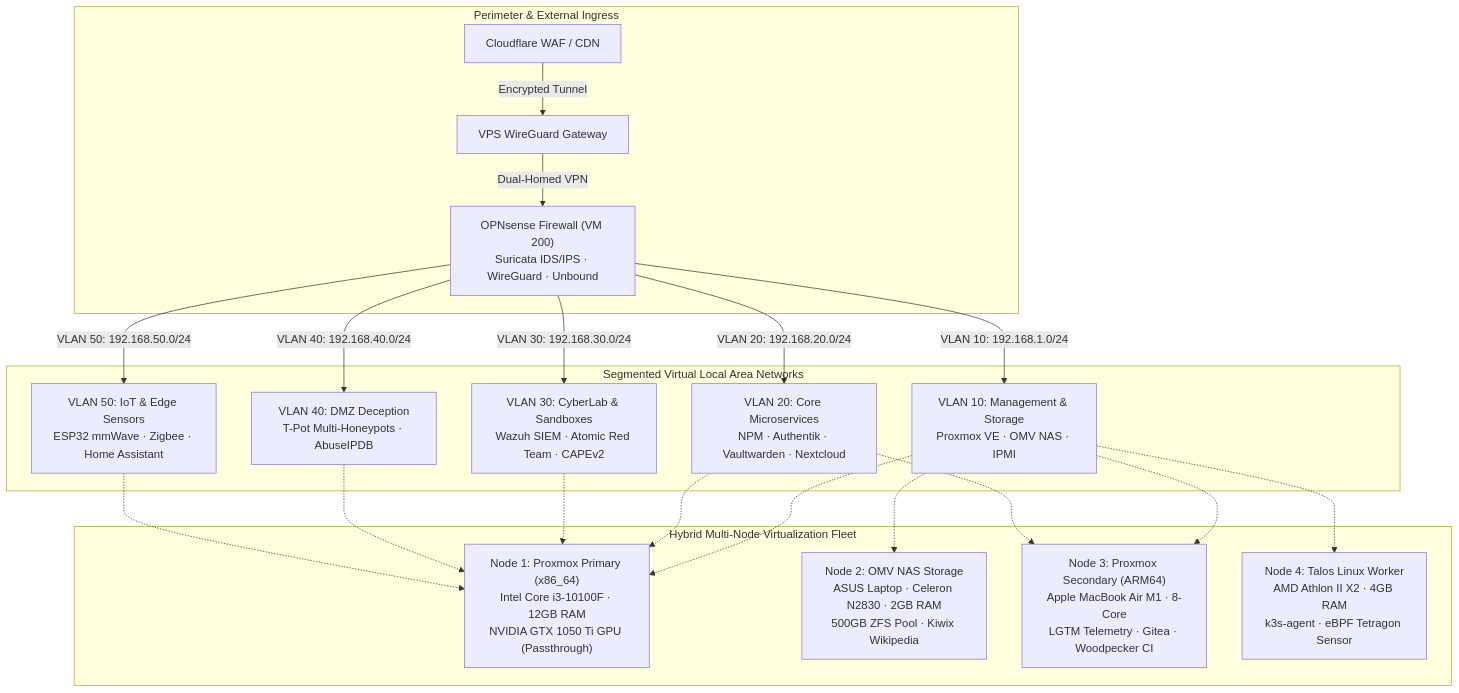
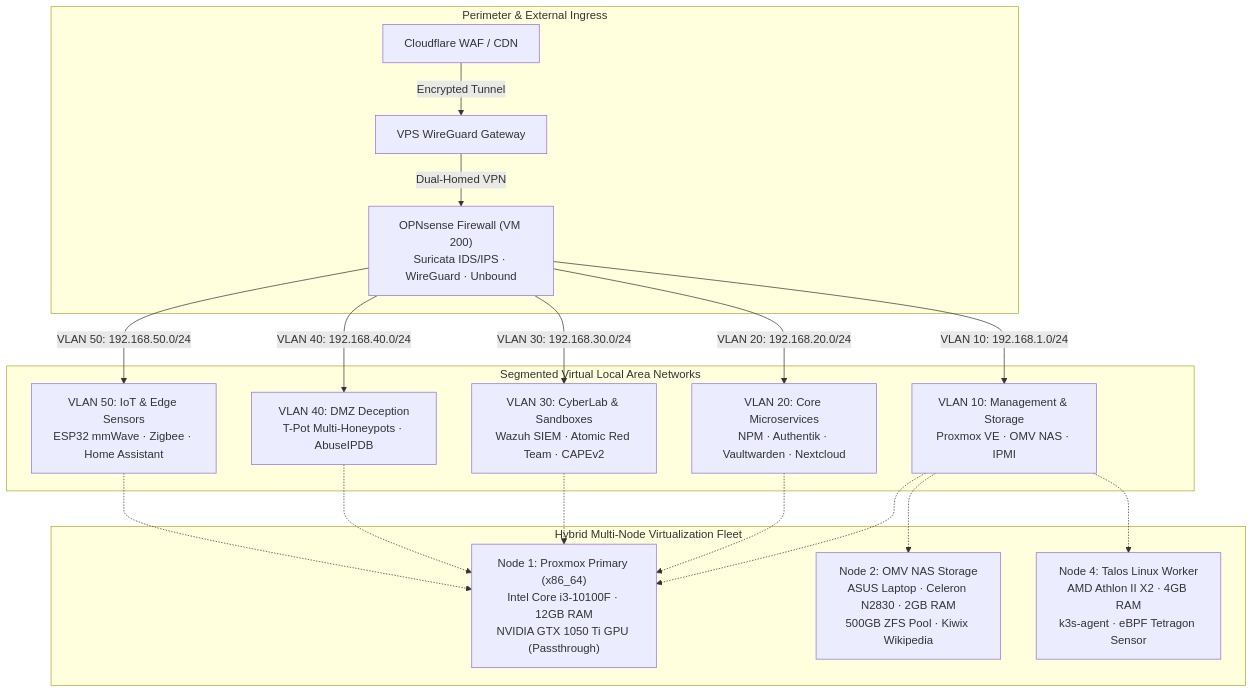
The second of 13 diagrams in README.md (stefanutc1/datacenter), drawn with Mermaid before and after one commit. The commit also changed other lines of this file and 114 other files, not shown here.

First line of the commit message:
feat(fleet): consolidate ARM microservices to Node 1 x64 and decommission ARM node

````diff
--- a/README.md
+++ b/README.md
@@ -74,38 +74,35 @@
 ```mermaid
 flowchart TB
     subgraph WAN_Edge["Perimeter & External Ingress"]
         CF["Cloudflare WAF / CDN"] -->|Encrypted Tunnel| VPS["VPS WireGuard Gateway"]
         VPS -->|Dual-Homed VPN| OPN["OPNsense Firewall (VM 200)<br/>Suricata IDS/IPS · WireGuard · Unbound"]
     end
 
     subgraph Network_VLANs["Segmented Virtual Local Area Networks"]
         V10["VLAN 10: Management & Storage<br/>Proxmox VE · OMV NAS · IPMI"]
         V20["VLAN 20: Core Microservices<br/>NPM · Authentik · Vaultwarden · Nextcloud"]
         V30["VLAN 30: CyberLab & Sandboxes<br/>Wazuh SIEM · Atomic Red Team · CAPEv2"]
         V40["VLAN 40: DMZ Deception<br/>T-Pot Multi-Honeypots · AbuseIPDB"]
         V50["VLAN 50: IoT & Edge Sensors<br/>ESP32 mmWave · Zigbee · Home Assistant"]
     end
 
     subgraph Compute_Layer["Hybrid Multi-Node Virtualization Fleet"]
         Node1["Node 1: Proxmox Primary (x86_64)<br/>Intel Core i3-10100F · 12GB RAM<br/>NVIDIA GTX 1050 Ti GPU (Passthrough)"]
         Node2["Node 2: OMV NAS Storage<br/>ASUS Laptop · Celeron N2830 · 2GB RAM<br/>500GB ZFS Pool · Kiwix Wikipedia"]
-        Node3["Node 3: Proxmox Secondary (ARM64)<br/>Apple MacBook Air M1 · 8-Core<br/>LGTM Telemetry · Gitea · Woodpecker CI"]
         Node4["Node 4: Talos Linux Worker<br/>AMD Athlon II X2 · 4GB RAM<br/>k3s-agent · eBPF Tetragon Sensor"]
     end
 
     OPN -->|VLAN 10: 192.168.1.0/24| V10
     OPN -->|VLAN 20: 192.168.20.0/24| V20
     OPN -->|VLAN 30: 192.168.30.0/24| V30
     OPN -->|VLAN 40: 192.168.40.0/24| V40
     OPN -->|VLAN 50: 192.168.50.0/24| V50
 
     V10 -.-> Node1
     V10 -.-> Node2
-    V10 -.-> Node3
     V10 -.-> Node4
     V20 -.-> Node1
-    V20 -.-> Node3
     V30 -.-> Node1
     V40 -.-> Node1
     V50 -.-> Node1
 ```
````
